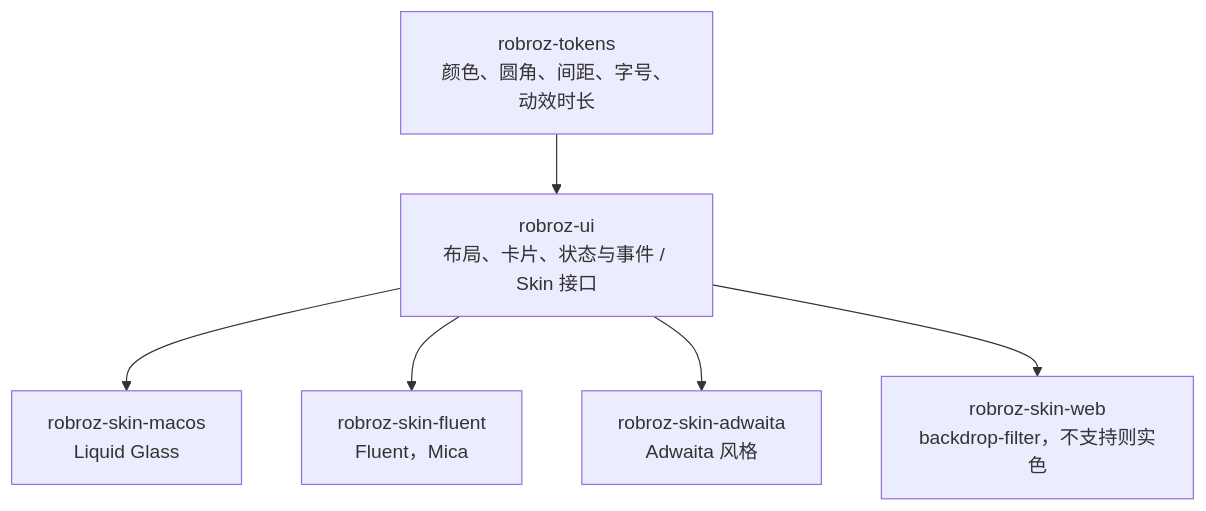
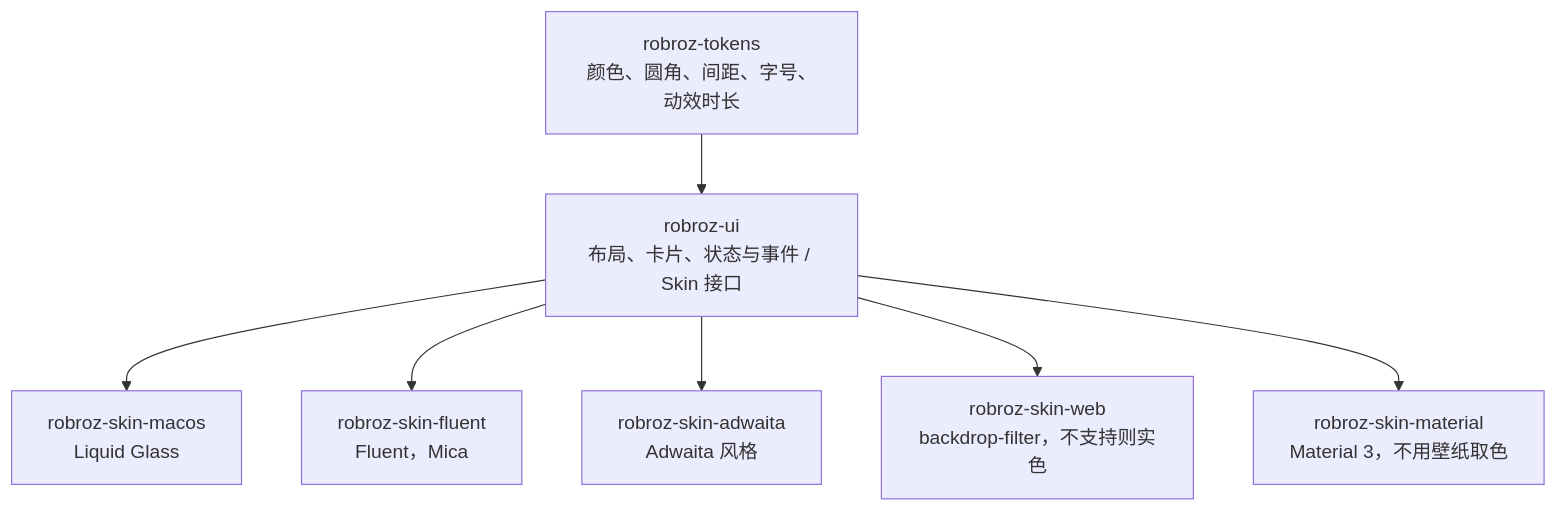
The diagram in docs/roadmap-phase2.md (PandaQuQ/robroz), drawn with Mermaid before and after one commit. The commit also changed other lines of this file, not shown here.

First line of the commit message:
docs: 路线图补上安卓客户端、鉴权和节点 7 测试

````diff
--- a/docs/roadmap-phase2.md
+++ b/docs/roadmap-phase2.md
@@ -18,10 +19,11 @@
 ```mermaid
 flowchart TB
   tokens["robroz-tokens<br/>颜色、圆角、间距、字号、动效时长"]
   ui["robroz-ui<br/>布局、卡片、状态与事件 / Skin 接口"]
   tokens --> ui
   ui --> macos["robroz-skin-macos<br/>Liquid Glass"]
   ui --> fluent["robroz-skin-fluent<br/>Fluent，Mica"]
   ui --> adwaita["robroz-skin-adwaita<br/>Adwaita 风格"]
   ui --> web["robroz-skin-web<br/>backdrop-filter，不支持则实色"]
+  ui --> material["robroz-skin-material<br/>Material 3，不用壁纸取色"]
 ```
````
